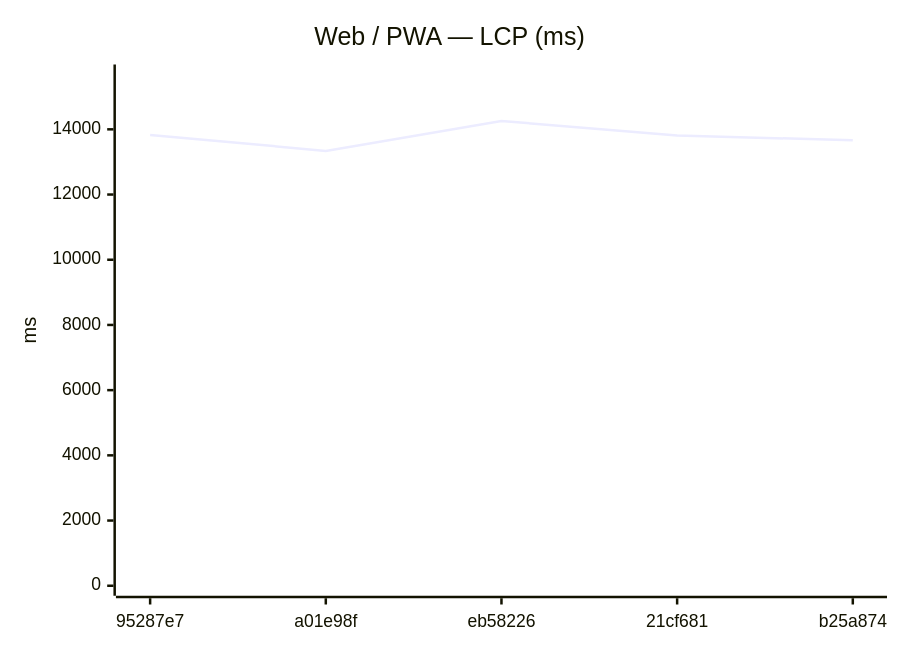
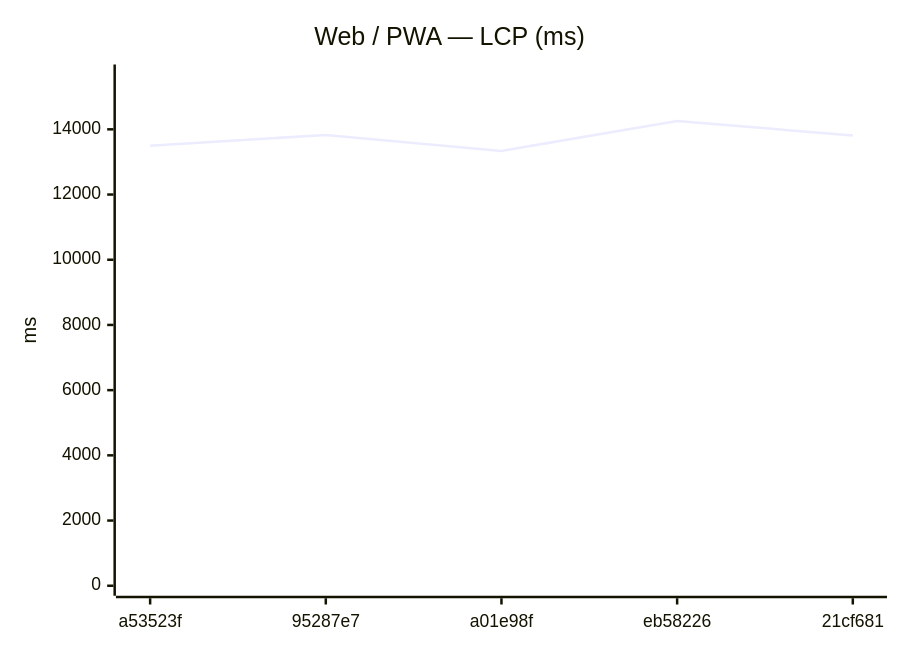
The seventh of 18 diagrams in benchmarks/compare.md (Metaheurist/Rianell), drawn with Mermaid before and after one commit. The commit also changed other lines of this file and 11 other files, not shown here.

````diff
--- a/benchmarks/compare.md
+++ b/benchmarks/compare.md
@@ -117,7 +117,7 @@
 ```mermaid
 xychart-beta
     title "Web / PWA — LCP (ms)"
-    x-axis ["95287e7", "a01e98f", "eb58226", "21cf681", "b25a874"]
+    x-axis ["a53523f", "95287e7", "a01e98f", "eb58226", "21cf681"]
     y-axis "ms" 0 --> 15682
-    line [13828, 13339, 14256, 13811, 13665]
+    line [13497, 13828, 13339, 14256, 13811]
 ```
````
